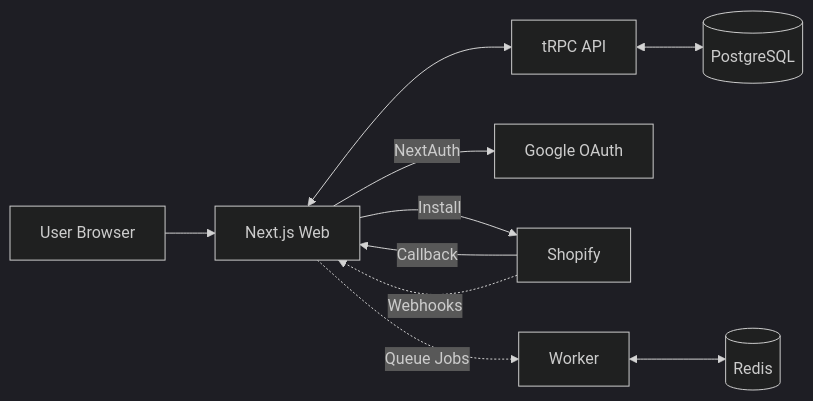
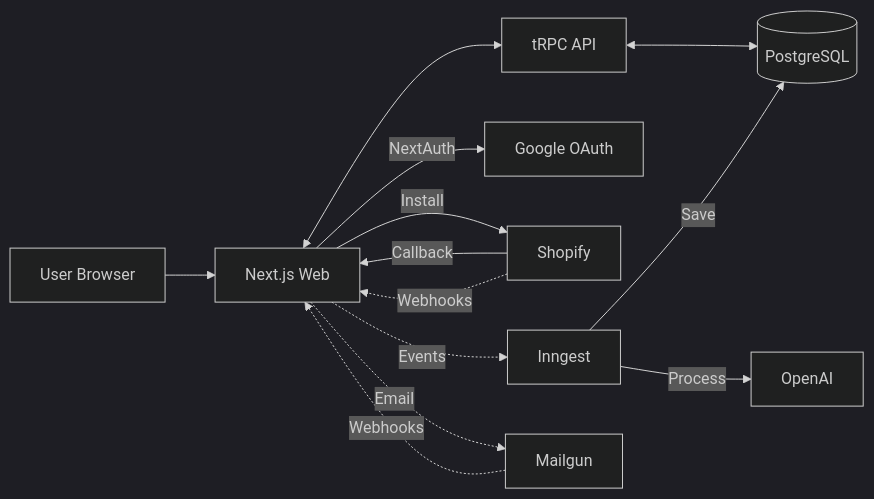
Before and after one commit to akshayBhardwaj23/takeover-done: the first of 2 diagrams in docs/architecture/ARCHITECTURE.md, drawn with Mermaid (dark theme). The commit also changed other lines of this file and 14 other files, not shown here.

First line of the commit message:
feat: Update project documentation and architecture for Inngest integration

````diff
--- a/docs/architecture/ARCHITECTURE.md
+++ b/docs/architecture/ARCHITECTURE.md
@@ -13,12 +13,15 @@
 ```mermaid
 flowchart LR
   U[User Browser] --> W[Next.js Web]
   W <--> A[tRPC API]
   A <--> D[(PostgreSQL)]
   W -->|NextAuth| GA[Google OAuth]
   W -->|Install| S[Shopify]
   S -->|Callback| W
   S -.->|Webhooks| W
-  W -.->|Queue Jobs| Q[Worker]
-  Q <--> R[(Redis)]
+  W -.->|Events| I[Inngest]
+  I -->|Process| AI[OpenAI]
+  I -->|Save| D[(PostgreSQL)]
+  W -.->|Email| M[Mailgun]
+  M -.->|Webhooks| W
 ```
````
